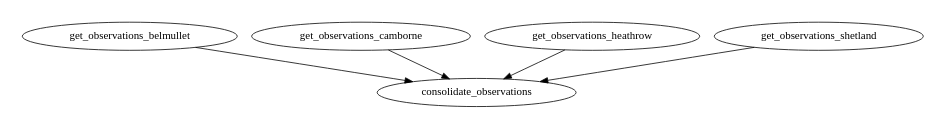
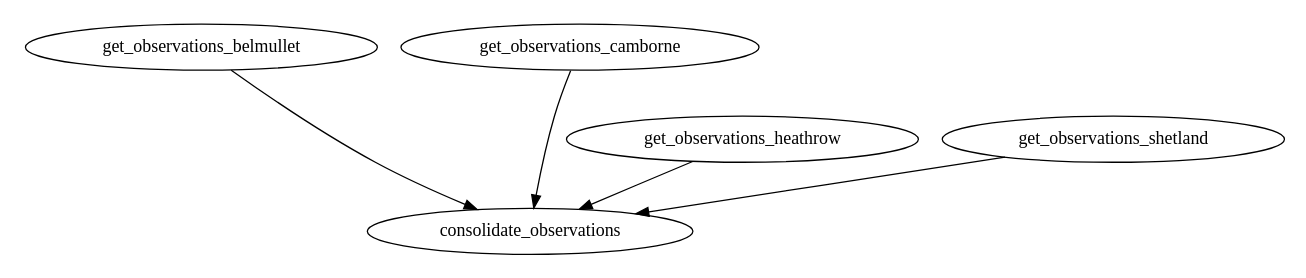
The first of 5 diagrams in sphinx/tutorial/cylc/scheduling/datetime-cycling.rst (metomi/rose), drawn with Graphviz before and after one commit. The commit also changed other lines of this file and 11 other files, not shown here.

```diff
--- a/sphinx/tutorial/cylc/scheduling/datetime-cycling.rst
+++ b/sphinx/tutorial/cylc/scheduling/datetime-cycling.rst
@@ -265,9 +305,14 @@
 .. digraph:: example
    :align: center
 
-   size = "5,4"
+   size = "7,4"
 
    get_observations_belmullet -> consolidate_observations
    get_observations_camborne -> consolidate_observations
    get_observations_heathrow -> consolidate_observations
    get_observations_shetland -> consolidate_observations
+
+   hidden [style="invis"]
+   get_observations_belmullet -> hidden [style="invis"]
+   get_observations_camborne -> hidden [style="invis"]
+   hidden -> consolidate_observations [style="invis"]
```
